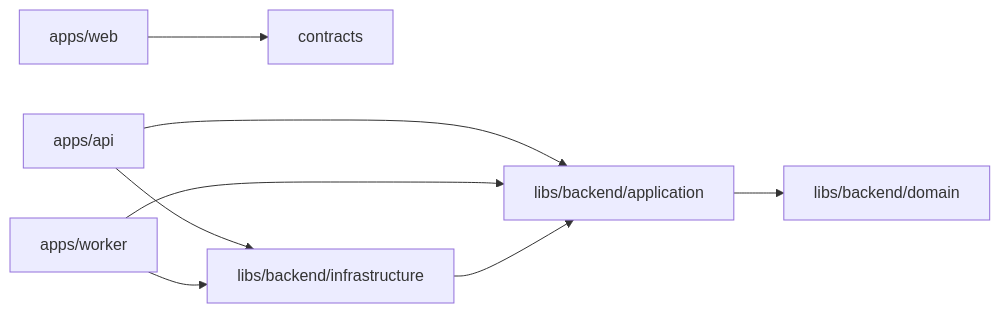
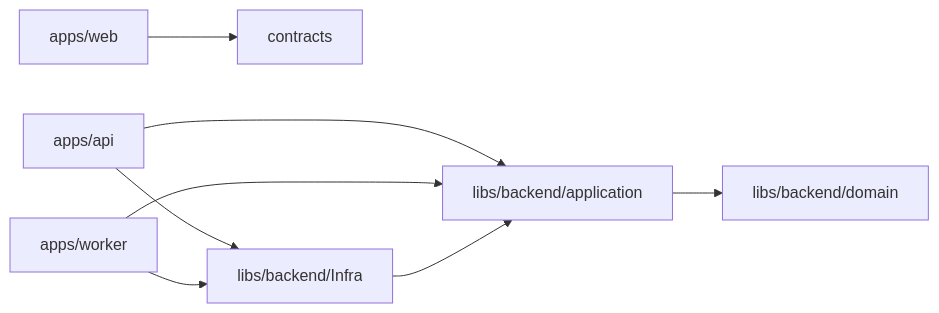
Before and after one commit to altivy-it/nodra: the diagram in .github/instructions/architecture.instructions.md, drawn with Mermaid. The commit also changed other lines of this file and 5 other files, not shown here.

Commit message:
feat: update architecture and backend documentation to clarify infrastructure structure and conventions

````diff
--- a/.github/instructions/architecture.instructions.md
+++ b/.github/instructions/architecture.instructions.md
@@ -26,10 +27,10 @@
 ```mermaid
 flowchart LR
     Web[apps/web] --> Contracts[contracts]
     Api[apps/api] --> Application[libs/backend/application]
     Worker[apps/worker] --> Application
-    Infrastructure[libs/backend/infrastructure] --> Application
+    Infra[libs/backend/Infra] --> Application
     Application --> Domain[libs/backend/domain]
-    Api --> Infrastructure
-    Worker --> Infrastructure
+    Api --> Infra
+    Worker --> Infra
 ```
````
